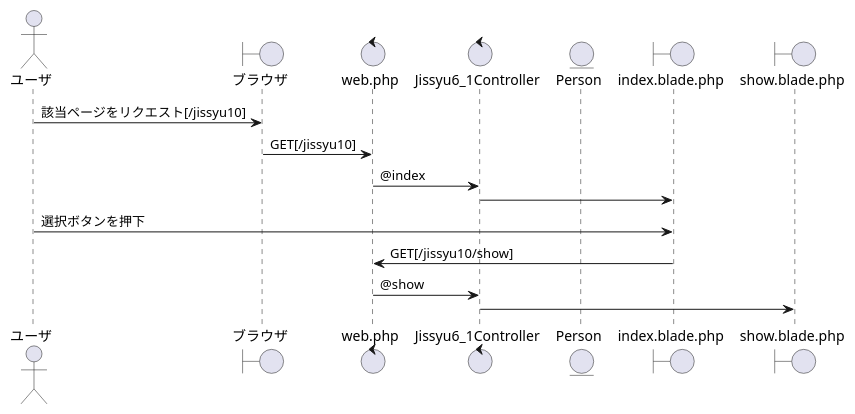
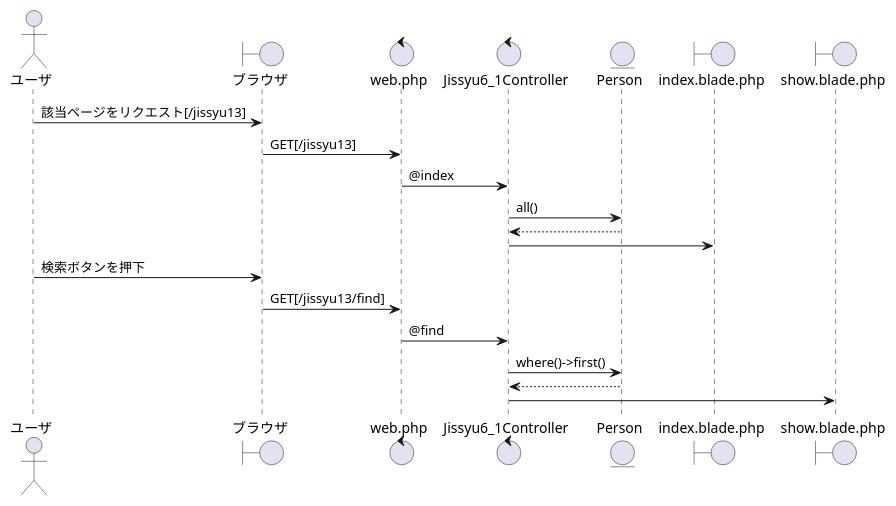
Before and after one commit to inomata-ko/Laravel: the diagram in PlantUML/jissyu6_1.wsd, drawn with PlantUML. The commit also changed 12 other files, not shown here.

```diff
--- a/PlantUML/jissyu6_1.wsd
+++ b/PlantUML/jissyu6_1.wsd
@@ -1,17 +1,21 @@
 @startuml シーケンス図
 actor "ユーザ" as u
 boundary "ブラウザ" as b
 control "web.php" as wp
 control "Jissyu6_1Controller" as jc
 entity "Person" as p
 boundary "index.blade.php" as ibp
 boundary "show.blade.php" as sbp
-u -> b :該当ページをリクエスト[/jissyu10]
-b -> wp :GET[/jissyu10]
+u -> b :該当ページをリクエスト[/jissyu13]
+b -> wp :GET[/jissyu13]
 wp -> jc :@index
+jc -> p :all()
+jc <-- p
 jc -> ibp
-u -> ibp :選択ボタンを押下
-wp <- ibp :GET[/jissyu10/show]
-wp -> jc :@show
-jc ->sbp
+u -> b :検索ボタンを押下
+b -> wp :GET[/jissyu13/find]
+wp ->jc :@find
+jc -> p :where()->first()
+jc <-- p
+jc -> sbp
 @enduml
```
